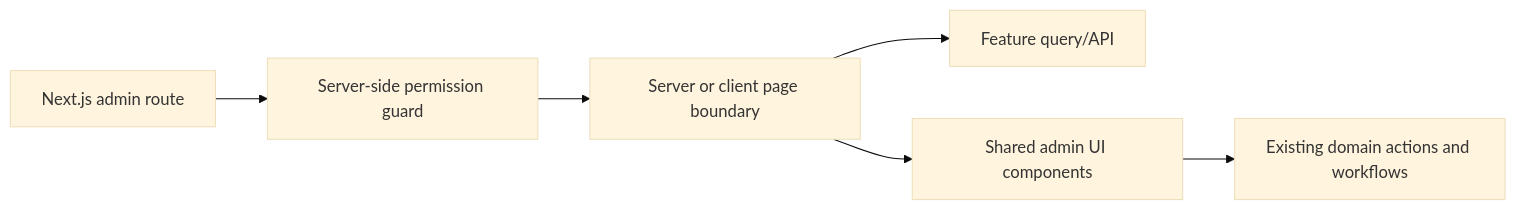
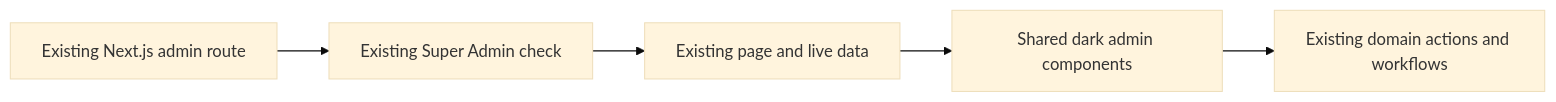
The diagram in docs/admin-panel-ui-refresh/ARCHITECTURE.md (NanduKkd/milkywayy-booking), drawn with Mermaid (base theme) before and after one commit. The commit also changed other lines of this file and 6 other files, not shown here.

````diff
--- a/docs/admin-panel-ui-refresh/ARCHITECTURE.md
+++ b/docs/admin-panel-ui-refresh/ARCHITECTURE.md
@@ -11,8 +11,7 @@
 ```mermaid
 flowchart LR
-    Route["Next.js admin route"] --> Guard["Server-side permission guard"]
-    Guard --> Page["Server or client page boundary"]
-    Page --> Query["Feature query/API"]
-    Page --> UI["Shared admin UI components"]
-    UI --> Existing["Existing domain actions and workflows"]
+    Route["Existing Next.js admin route"] --> Auth["Existing Super Admin check"]
+    Auth --> Page["Existing page and live data"]
+    Page --> UI["Shared dark admin components"]
+    UI --> Actions["Existing domain actions and workflows"]
 ```
````
